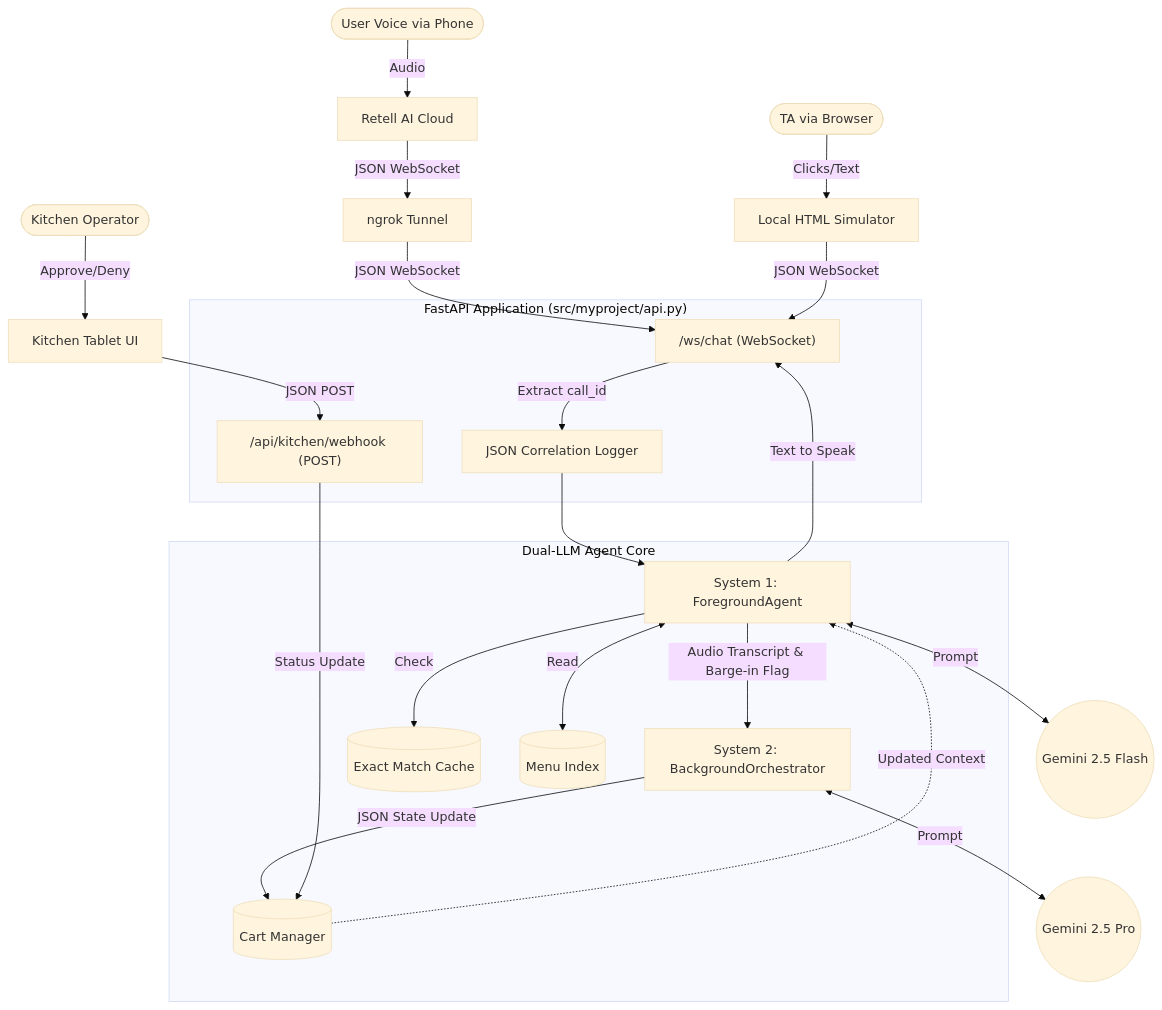
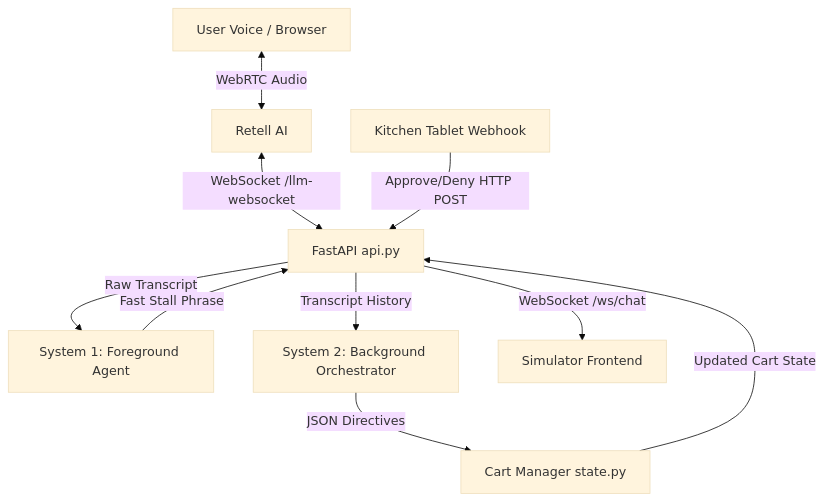
The diagram in docs/diagrams/architecture.mmd (rysan007/LLM_Taco_Ordering_App), drawn with Mermaid (base theme) before and after one commit. The commit also changed other lines of this file and 63 other files, not shown here.

Commit message:
Final Submission: The Neon Trompo Architecture

```diff
--- a/docs/diagrams/architecture.mmd
+++ b/docs/diagrams/architecture.mmd
@@ -1,60 +1,10 @@
 graph TD
-%% External Actors
-UserVoice([User Voice via Phone])
-TA([TA via Browser])
-Kitchen([Kitchen Operator])
-%% Interfaces
-Retell[Retell AI Cloud]
-Ngrok[ngrok Tunnel]
-Simulator[Local HTML Simulator]
-Tablet[Kitchen Tablet UI]
-
-%% Internal API Boundary
-subgraph "FastAPI Application (src/myproject/api.py)"
-    WS_Endpoint["/ws/chat (WebSocket)"]
-    Webhook_Endpoint["/api/kitchen/webhook (POST)"]
-    Logger[JSON Correlation Logger]
-end
-
-%% Agent Core
-subgraph "Dual-LLM Agent Core"
-    Sys1[System 1: ForegroundAgent]
-    Sys2[System 2: BackgroundOrchestrator]
-    Cache[(Exact Match Cache)]
-    Menu[(Menu Index)]
-    State[(Cart Manager)]
-end
-
-%% External LLM
-GeminiFlash((Gemini 2.5 Flash))
-GeminiPro((Gemini 2.5 Pro))
-
-%% Routing - The Live Retell Path
-UserVoice -->|Audio| Retell
-Retell -->|JSON WebSocket| Ngrok
-Ngrok -->|JSON WebSocket| WS_Endpoint
-
-%% Routing - The TA Simulator Path
-TA -->|Clicks/Text| Simulator
-Simulator -->|JSON WebSocket| WS_Endpoint
-
-%% Routing - The Kitchen Path
-Kitchen -->|Approve/Deny| Tablet
-Tablet -->|JSON POST| Webhook_Endpoint
-
-%% Internal Data Flow
-WS_Endpoint -->|Extract call_id| Logger
-Logger --> Sys1
-
-Sys1 -->|Check| Cache
-Sys1 <-->|Read| Menu
-Sys1 <-->|Prompt| GeminiFlash
-
-Sys1 -->|Audio Transcript & Barge-in Flag| Sys2
-Sys2 <-->|Prompt| GeminiPro
-Sys2 -->|JSON State Update| State
-
-Webhook_Endpoint -->|Status Update| State
-State -.->|Updated Context| Sys1
-
-Sys1 -->|Text to Speak| WS_Endpoint
+User[User Voice / Browser] <-->|WebRTC Audio| Retell[Retell AI]
+Retell <-->|WebSocket /llm-websocket| API[FastAPI api.py]
+API -->|Raw Transcript| Sys1[System 1: Foreground Agent]
+Sys1 -->|Fast Stall Phrase| API
+API -->|Transcript History| Sys2[System 2: Background Orchestrator]
+Sys2 -->|JSON Directives| State[Cart Manager state.py]
+State -->|Updated Cart State| API
+API -->|WebSocket /ws/chat| UI[Simulator Frontend]
+Kitchen[Kitchen Tablet Webhook] -->|Approve/Deny HTTP POST| API
```
